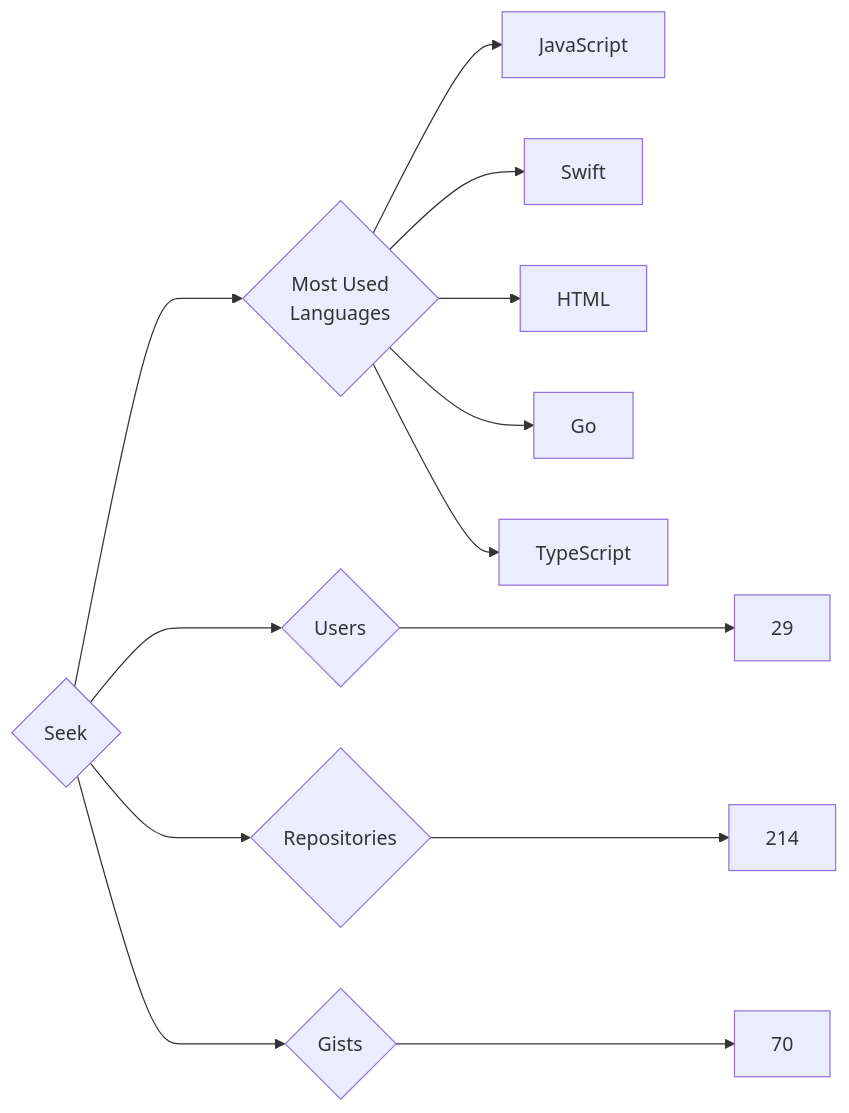
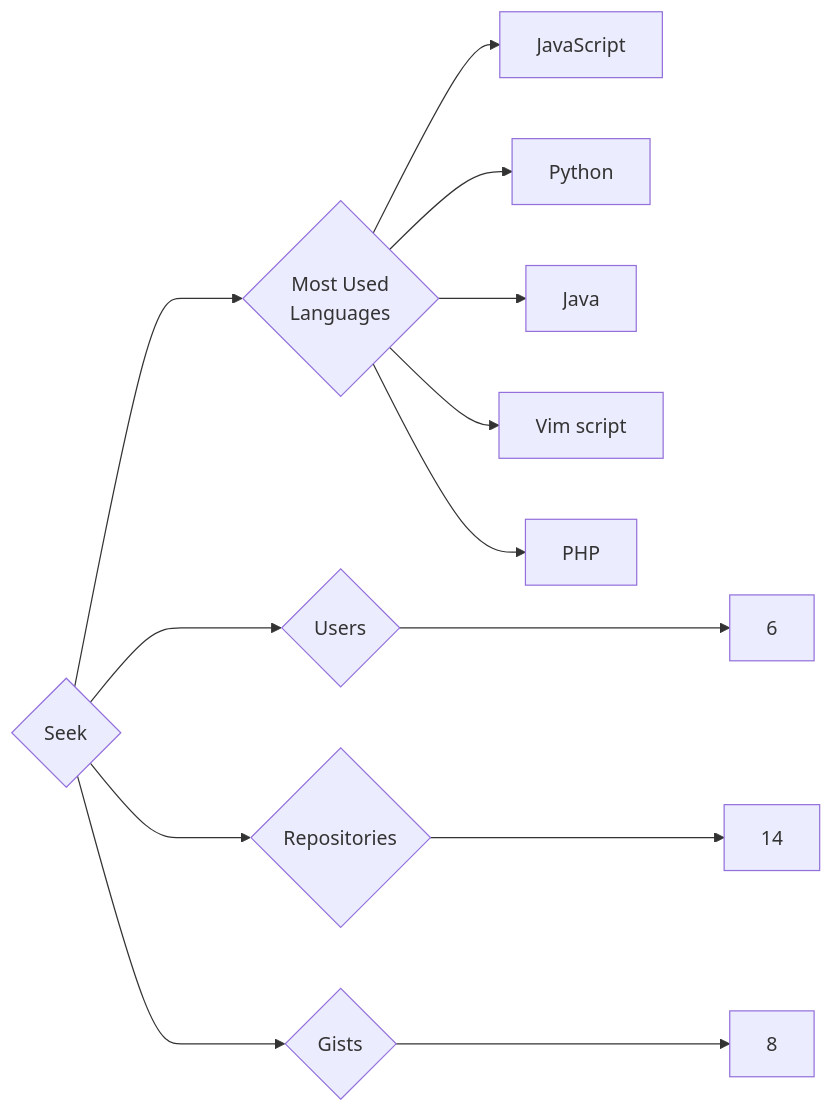
One commit to trickest/insiders changed the diagram in targets/Seek/README.md. Above: the diagram before and after it, drawn with Mermaid. The commit also changed 912 other files, not shown here.

````diff
--- a/targets/Seek/README.md
+++ b/targets/Seek/README.md
@@ -3,13 +3,13 @@
 ```mermaid
 graph LR
 COMPANY_NAME{Seek}
-COMPANY_NAME ---> U{Users} ---> UN[29]
-COMPANY_NAME ---> R{Repositories} ---> RN[214]
-COMPANY_NAME ---> G{Gists} ---> GN[70]
+COMPANY_NAME ---> U{Users} ---> UN[6]
+COMPANY_NAME ---> R{Repositories} ---> RN[14]
+COMPANY_NAME ---> G{Gists} ---> GN[8]
 COMPANY_NAME ---> ML{Most Used<br>Languages}
 ML --> JavaScript[JavaScript]
-ML --> Swift[Swift]
-ML --> HTML[HTML]
-ML --> Go[Go]
-ML --> TypeScript[TypeScript]
+ML --> Python[Python]
+ML --> Java[Java]
+ML --> Vim_script[Vim script]
+ML --> PHP[PHP]
 ```
````
